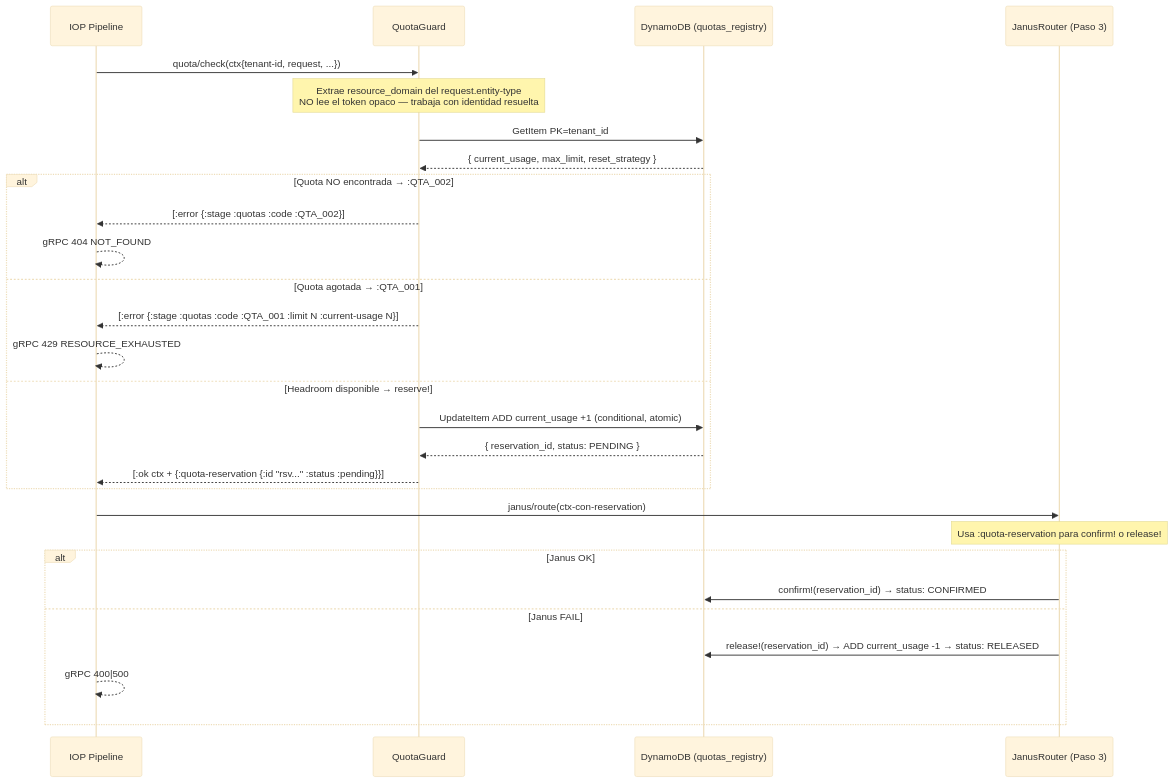
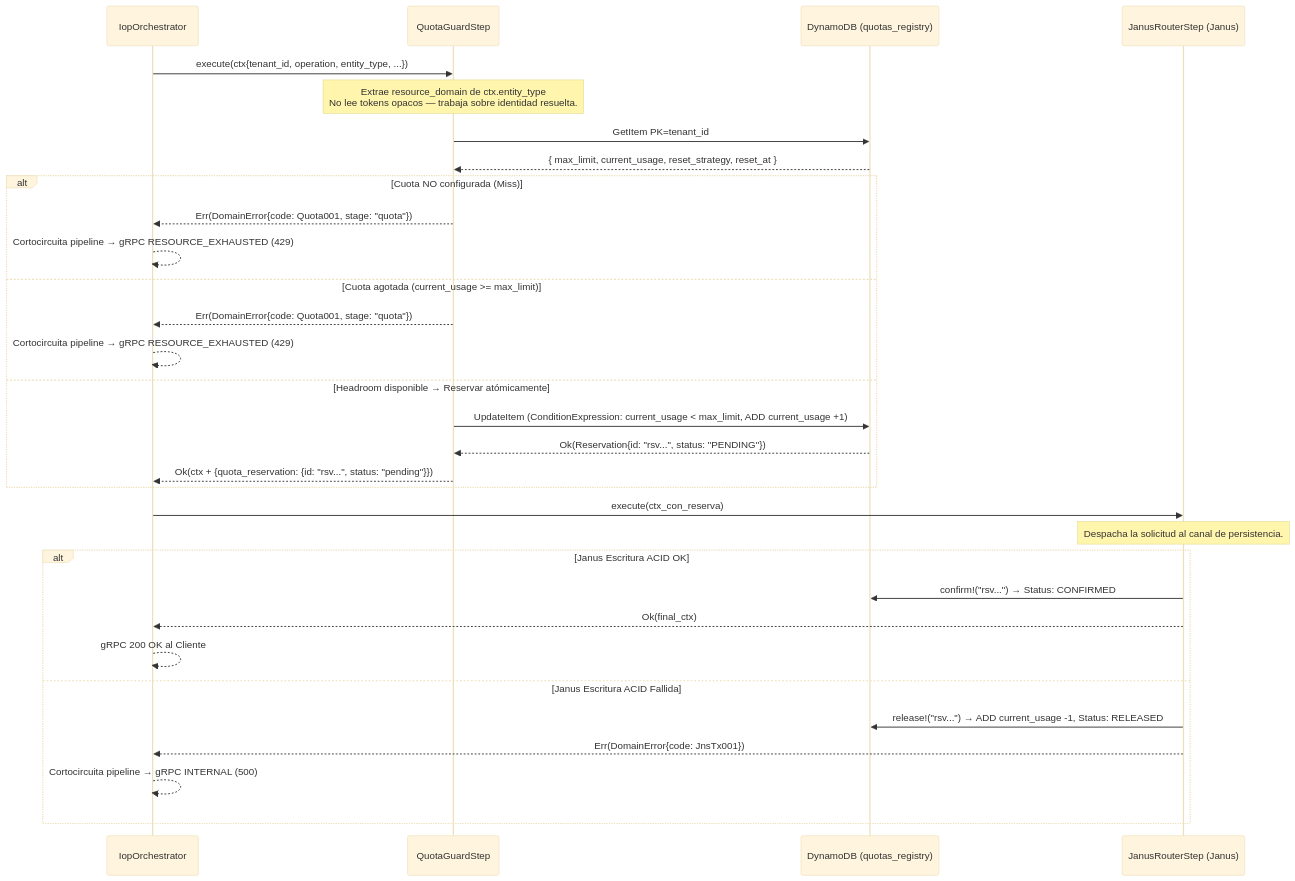
Before and after one commit to metritechnology/metri-engine: the diagram in docs/architecture/07_FASE_QUOTA_GUARD.md, drawn with Mermaid (base theme). The commit also changed other lines of this file and 538 other files, not shown here.

````diff
--- a/docs/architecture/07_FASE_QUOTA_GUARD.md
+++ b/docs/architecture/07_FASE_QUOTA_GUARD.md
@@ -442,35 +673,38 @@
 ```mermaid
 sequenceDiagram
-    participant IOP as IOP Pipeline
-    participant QG  as QuotaGuard
+    participant IOP as IopOrchestrator
+    participant QG  as QuotaGuardStep
     participant DY  as DynamoDB (quotas_registry)
-    participant J   as JanusRouter (Paso 3)
+    participant J   as JanusRouterStep (Janus)
 
-    IOP->>QG: quota/check(ctx{tenant-id, request, ...})
-    Note over QG: Extrae resource_domain del request.entity-type<br/>NO lee el token opaco — trabaja con identidad resuelta
+    IOP->>QG: execute(ctx{tenant_id, operation, entity_type, ...})
+    Note over QG: Extrae resource_domain de ctx.entity_type<br/>No lee tokens opacos — trabaja sobre identidad resuelta.
 
     QG->>DY: GetItem PK=tenant_id#domain SK=WRITE_COUNT
-    DY-->>QG: { current_usage, max_limit, reset_strategy }
+    DY-->>QG: { max_limit, current_usage, reset_strategy, reset_at }
 
-    alt Quota NO encontrada → :QTA_002
-        QG-->>IOP: [:error {:stage :quotas :code :QTA_002}]
-        IOP-->>IOP: gRPC 404 NOT_FOUND
-    else Quota agotada → :QTA_001
-        QG-->>IOP: [:error {:stage :quotas :code :QTA_001 :limit N :current-usage N}]
-        IOP-->>IOP: gRPC 429 RESOURCE_EXHAUSTED
-    else Headroom disponible → reserve!
-        QG->>DY: UpdateItem ADD current_usage +1 (conditional, atomic)
-        DY-->>QG: { reservation_id, status: PENDING }
-        QG-->>IOP: [:ok ctx + {:quota-reservation {:id "rsv..." :status :pending}}]
+    alt Cuota NO configurada (Miss)
+        QG-->>IOP: Err(DomainError{code: Quota001, stage: "quota"})
+        IOP-->>IOP: Cortocircuita pipeline → gRPC RESOURCE_EXHAUSTED (429)
+    else Cuota agotada (current_usage >= max_limit)
+        QG-->>IOP: Err(DomainError{code: Quota001, stage: "quota"})
+        IOP-->>IOP: Cortocircuita pipeline → gRPC RESOURCE_EXHAUSTED (429)
+    else Headroom disponible → Reservar atómicamente
+        QG->>DY: UpdateItem (ConditionExpression: current_usage < max_limit, ADD current_usage +1)
+        DY-->>QG: Ok(Reservation{id: "rsv...", status: "PENDING"})
+        QG-->>IOP: Ok(ctx + {quota_reservation: {id: "rsv...", status: "pending"}})
     end
 
-    IOP->>J: janus/route(ctx-con-reservation)
-    Note over J: Usa :quota-reservation para confirm! o release!
+    IOP->>J: execute(ctx_con_reserva)
+    Note over J: Despacha la solicitud al canal de persistencia.
 
-    alt Janus OK
-        J->>DY: confirm!(reservation_id) → status: CONFIRMED
-    else Janus FAIL
-        J->>DY: release!(reservation_id) → ADD current_usage -1 → status: RELEASED
-        IOP-->>IOP: gRPC 400|500
+    alt Janus Escritura ACID OK
+        J->>DY: confirm!("rsv...") → Status: CONFIRMED
+        J-->>IOP: Ok(final_ctx)
+        IOP-->>IOP: gRPC 200 OK al Cliente
+    else Janus Escritura ACID Fallida
+        J->>DY: release!("rsv...") → ADD current_usage -1, Status: RELEASED
+        J-->>IOP: Err(DomainError{code: JnsTx001})
+        IOP-->>IOP: Cortocircuita pipeline → gRPC INTERNAL (500)
     end
 ```
````
